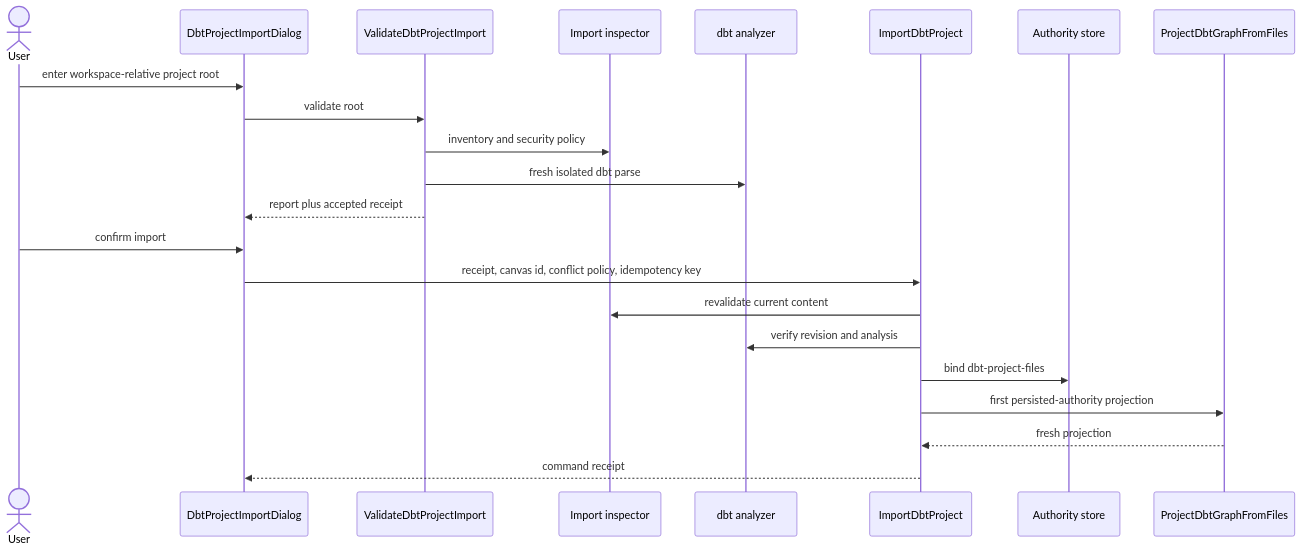
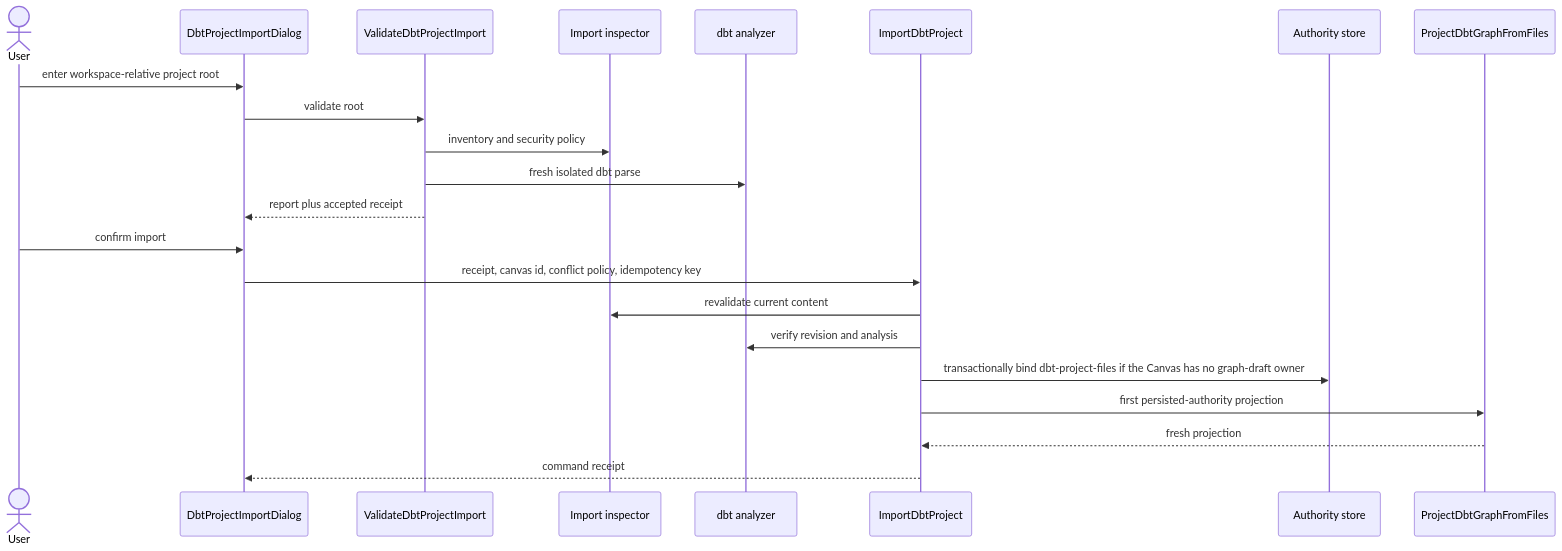
One commit to dunay2/dvt changed the third of 4 diagrams in docs/architecture/components/web/graph/dbt-project-import-and-source-authority-component.md. Above: the diagram before and after it, drawn with Mermaid. The commit also changed other lines of this file and 19 other files, not shown here.

Commit message:
fix(api): Enforce exclusive Canvas authoring authority

````diff
--- a/docs/architecture/components/web/graph/dbt-project-import-and-source-authority-component.md
+++ b/docs/architecture/components/web/graph/dbt-project-import-and-source-authority-component.md
@@ -118,25 +119,25 @@
 ```mermaid
 sequenceDiagram
   actor User
   participant UI as DbtProjectImportDialog
   participant Validate as ValidateDbtProjectImport
   participant Inspect as Import inspector
   participant Analyze as dbt analyzer
   participant Import as ImportDbtProject
   participant Authority as Authority store
   participant Graph as ProjectDbtGraphFromFiles
 
   User->>UI: enter workspace-relative project root
   UI->>Validate: validate root
   Validate->>Inspect: inventory and security policy
   Validate->>Analyze: fresh isolated dbt parse
   Validate-->>UI: report plus accepted receipt
   User->>UI: confirm import
   UI->>Import: receipt, canvas id, conflict policy, idempotency key
   Import->>Inspect: revalidate current content
   Import->>Analyze: verify revision and analysis
-  Import->>Authority: bind dbt-project-files
+  Import->>Authority: transactionally bind dbt-project-files if the Canvas has no graph-draft owner
   Import->>Graph: first persisted-authority projection
   Graph-->>Import: fresh projection
   Import-->>UI: command receipt
 ```
````
